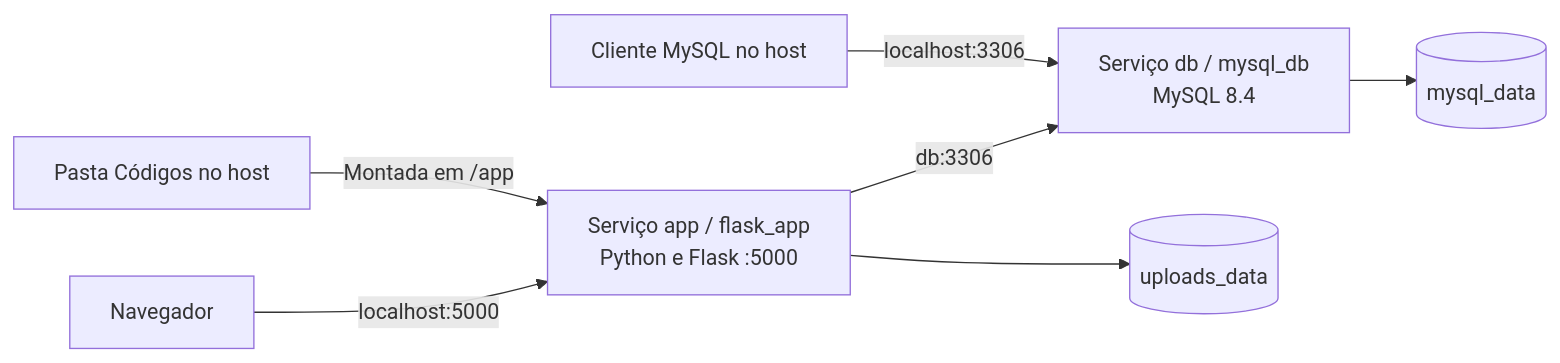
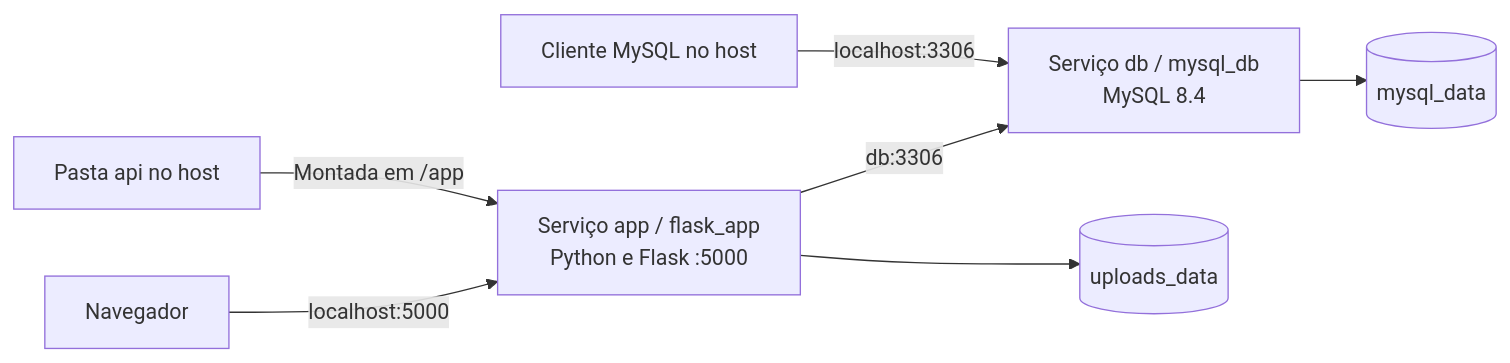
One commit to Samucau1/Projeto-Educa-Fast changed the second of 3 diagrams in README.md. Above: the diagram before and after it, drawn with Mermaid. The commit also changed other lines of this file and 318 other files, not shown here.

````diff
--- a/README.md
+++ b/README.md
@@ -102,9 +97,9 @@
 ```mermaid
 flowchart LR
     Browser["Navegador"] -->|localhost:5000| App["Serviço app / flask_app\nPython e Flask :5000"]
     App -->|db:3306| DB["Serviço db / mysql_db\nMySQL 8.4"]
     Host["Cliente MySQL no host"] -->|localhost:3306| DB
     DB --> Dados[(mysql_data)]
     App --> Uploads[(uploads_data)]
-    Codigo["Pasta Códigos no host"] -->|Montada em /app| App
+    Codigo["Pasta api no host"] -->|Montada em /app| App
 ```
````
